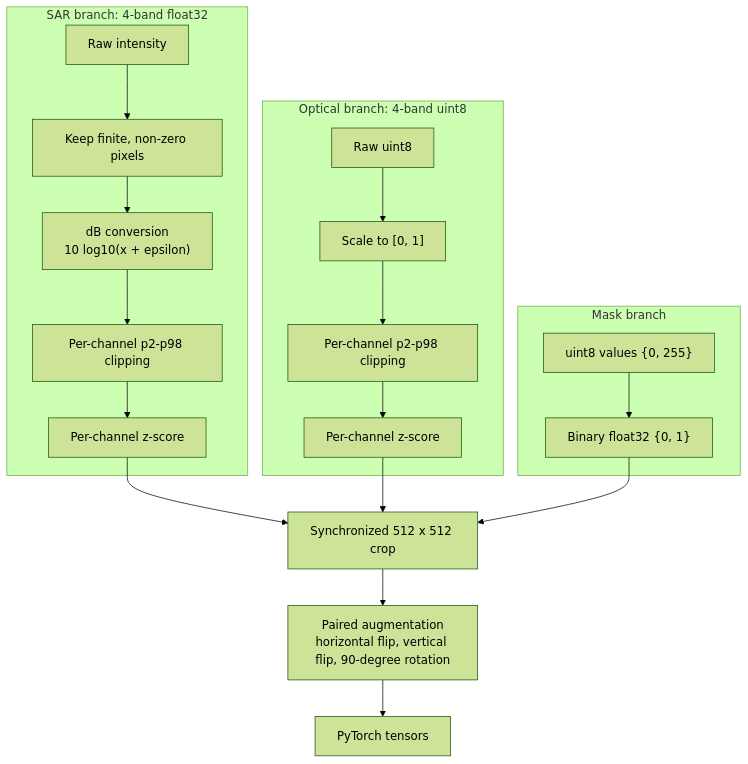
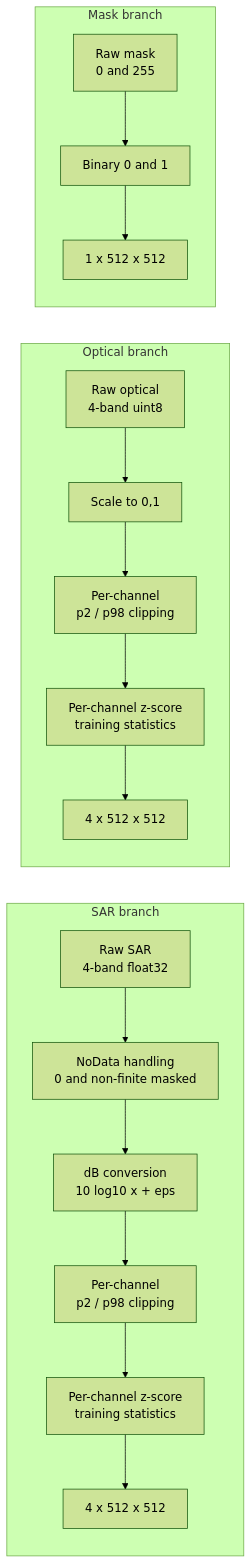
One commit to amulyagavankar20-glitch/SpaceNet-6-Multi-Sensor-All-Weather-Mapping changed the third of 10 diagrams in README.md. Above: the diagram before and after it, drawn with Mermaid (forest theme). The commit also changed other lines of this file, not shown here.

````diff
--- a/README.md
+++ b/README.md
@@ -58,25 +110,21 @@
 ```mermaid
-flowchart TD
-    subgraph SAR["SAR branch: 4-band float32"]
-        A1["Raw intensity"] --> A2["Keep finite, non-zero pixels"]
-        A2 --> A3["dB conversion<br/>10 log10(x + epsilon)"]
-        A3 --> A4["Per-channel p2-p98 clipping"]
-        A4 --> A5["Per-channel z-score"]
+flowchart LR
+    subgraph SAR["SAR branch"]
+        A1["Raw SAR<br/>4-band float32"] --> A2["NoData handling<br/>0 and non-finite masked"]
+        A2 --> A3["dB conversion<br/>10 log10 x + eps"]
+        A3 --> A4["Per-channel<br/>p2 / p98 clipping"]
+        A4 --> A5["Per-channel z-score<br/>training statistics"]
+        A5 --> A6["4 x 512 x 512"]
     end
 
-    subgraph OPT["Optical branch: 4-band uint8"]
-        B1["Raw uint8"] --> B2["Scale to [0, 1]"]
-        B2 --> B3["Per-channel p2-p98 clipping"]
-        B3 --> B4["Per-channel z-score"]
+    subgraph OPT["Optical branch"]
+        B1["Raw optical<br/>4-band uint8"] --> B2["Scale to 0,1"]
+        B2 --> B3["Per-channel<br/>p2 / p98 clipping"]
+        B3 --> B4["Per-channel z-score<br/>training statistics"]
+        B4 --> B5["4 x 512 x 512"]
     end
 
     subgraph MSK["Mask branch"]
-        C1["uint8 values {0, 255}"] --> C2["Binary float32 {0, 1}"]
+        C1["Raw mask<br/>0 and 255"] --> C2["Binary 0 and 1"] --> C3["1 x 512 x 512"]
     end
-
-    A5 --> D["Synchronized 512 x 512 crop"]
-    B4 --> D
-    C2 --> D
-    D --> E["Paired augmentation<br/>horizontal flip, vertical flip, 90-degree rotation"]
-    E --> F["PyTorch tensors"]
 ```
````
